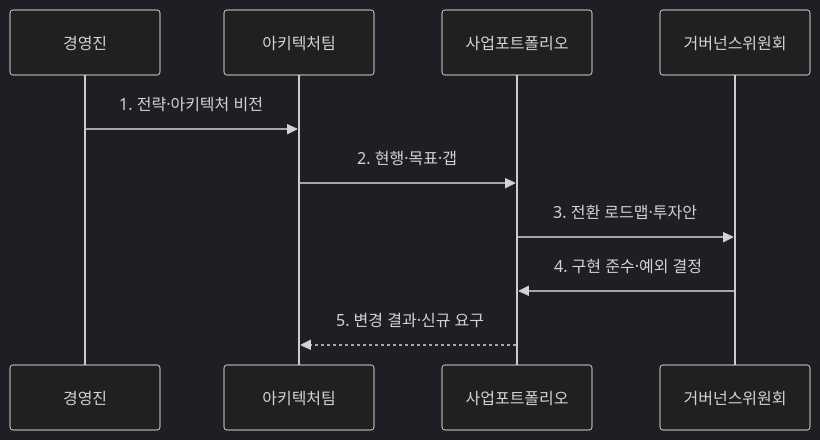
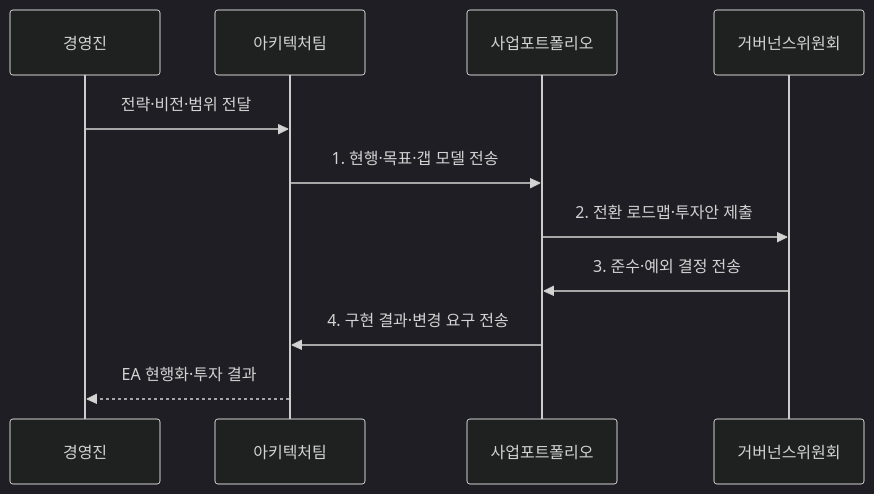
The second of 2 diagrams in src/content/docs/notes/07-law-policy/001_enterprise_architecture_togaf.md (agnusdei1207/knowledge-base), drawn with Mermaid (dark theme) before and after one commit. The commit also changed other lines of this file and 20 other files, not shown here.

````diff
--- a/src/content/docs/notes/07-law-policy/001_enterprise_architecture_togaf.md
+++ b/src/content/docs/notes/07-law-policy/001_enterprise_architecture_togaf.md
@@ -87,12 +86,13 @@
 ```mermaid
 sequenceDiagram
     participant S as 경영진
     participant A as 아키텍처팀
     participant P as 사업포트폴리오
     participant G as 거버넌스위원회
-    S->>A: 1. 전략·아키텍처 비전
-    A->>P: 2. 현행·목표·갭
-    P->>G: 3. 전환 로드맵·투자안
-    G->>P: 4. 구현 준수·예외 결정
-    P-->>A: 5. 변경 결과·신규 요구
+    S->>A: 전략·비전·범위 전달
+    A->>P: 1. 현행·목표·갭 모델 전송
+    P->>G: 2. 전환 로드맵·투자안 제출
+    G->>P: 3. 준수·예외 결정 전송
+    P->>A: 4. 구현 결과·변경 요구 전송
+    A-->>S: EA 현행화·투자 결과
 ```
````
